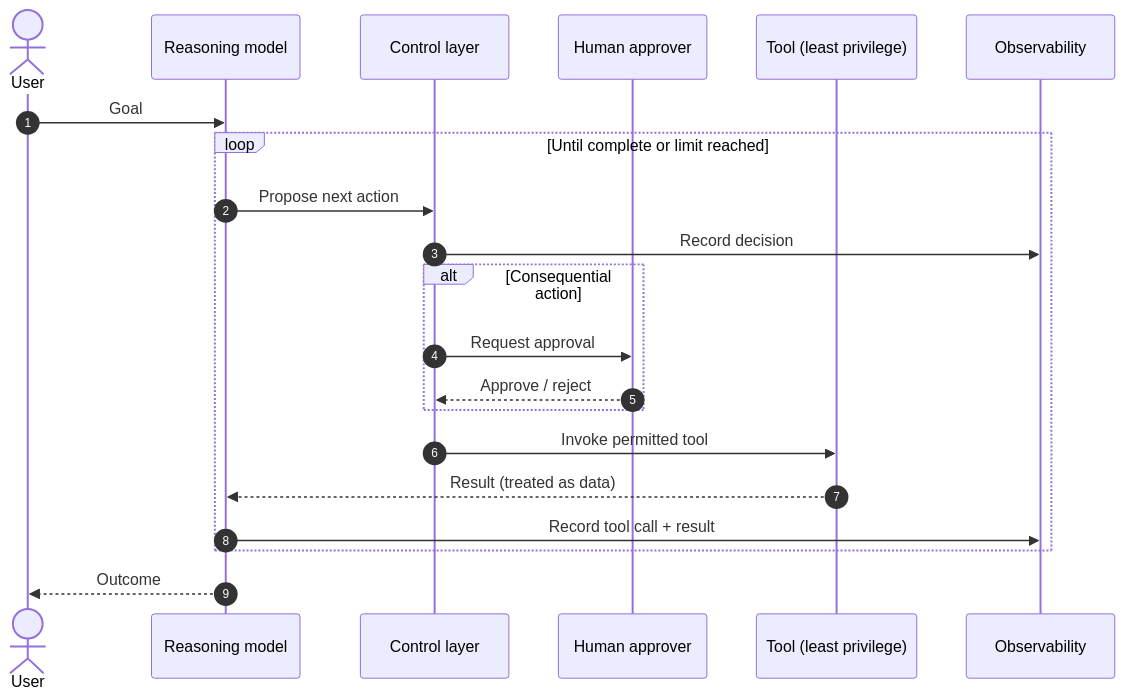
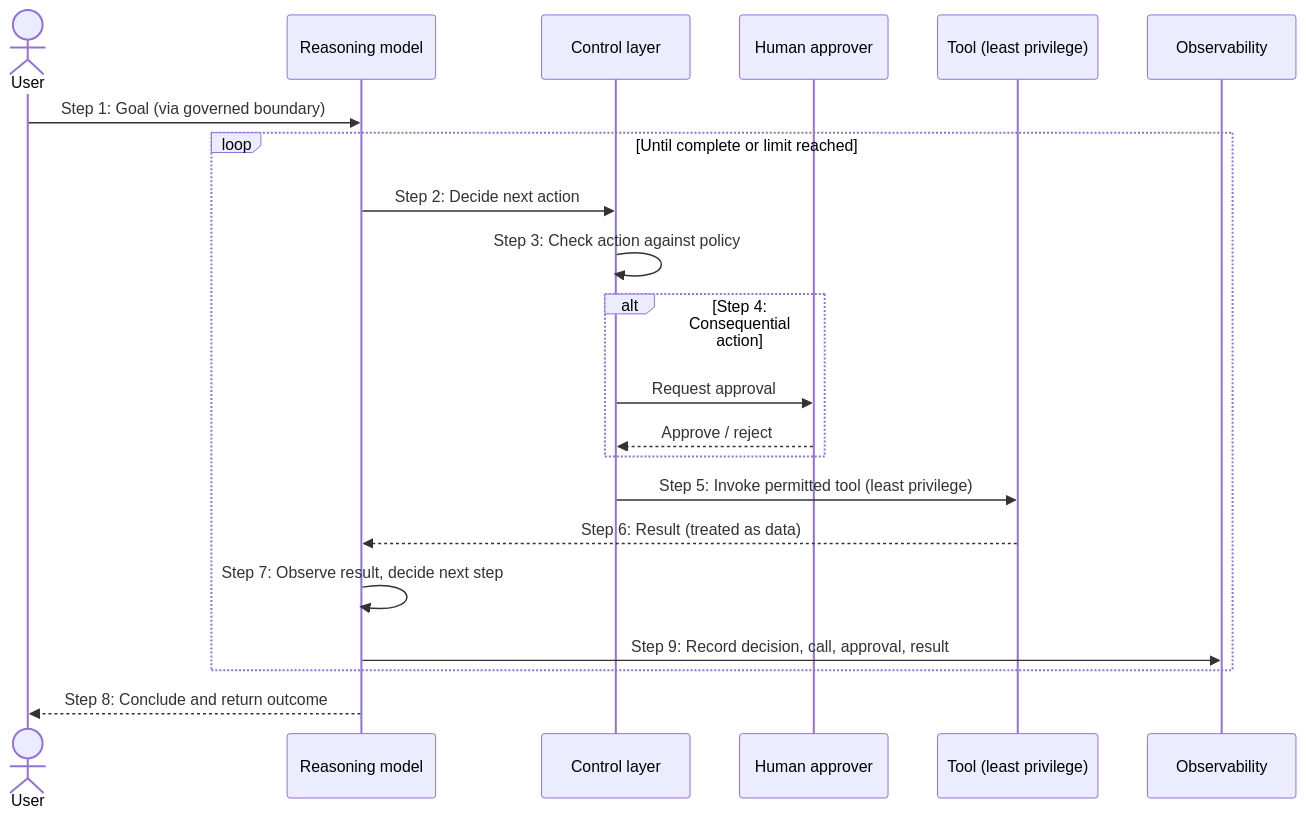
Before and after one commit to josephcaxton/books: the second of 2 diagrams in The AWS GenAI Architect/chapters/chapter-11.md, drawn with Mermaid.

Commit message:
Fix Chapter 11 sequence diagram to match written flow step numbering

````diff
--- a/The AWS GenAI Architect/chapters/chapter-11.md
+++ b/The AWS GenAI Architect/chapters/chapter-11.md
@@ -88,24 +88,24 @@
 ```mermaid
 sequenceDiagram
-    autonumber
     actor User
     participant Agent as Reasoning model
     participant Control as Control layer
     participant Human as Human approver
     participant Tool as Tool (least privilege)
     participant Obs as Observability
 
-    User->>Agent: Goal
+    User->>Agent: Step 1: Goal (via governed boundary)
     loop Until complete or limit reached
-        Agent->>Control: Propose next action
-        Control->>Obs: Record decision
-        alt Consequential action
+        Agent->>Control: Step 2: Decide next action
+        Control->>Control: Step 3: Check action against policy
+        alt Step 4: Consequential action
             Control->>Human: Request approval
             Human-->>Control: Approve / reject
         end
-        Control->>Tool: Invoke permitted tool
-        Tool-->>Agent: Result (treated as data)
-        Agent->>Obs: Record tool call + result
+        Control->>Tool: Step 5: Invoke permitted tool (least privilege)
+        Tool-->>Agent: Step 6: Result (treated as data)
+        Agent->>Agent: Step 7: Observe result, decide next step
+        Agent->>Obs: Step 9: Record decision, call, approval, result
     end
-    Agent-->>User: Outcome
+    Agent-->>User: Step 8: Conclude and return outcome
 ```
````
